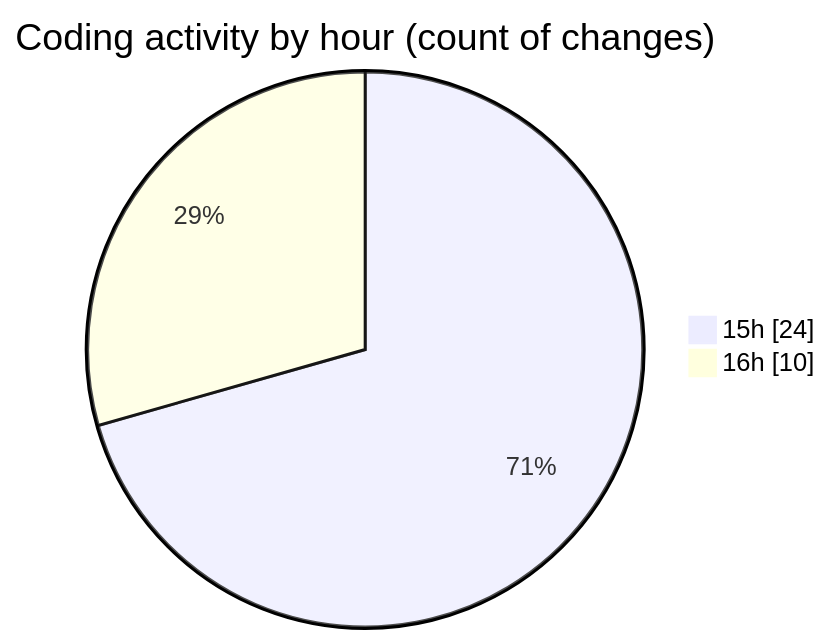
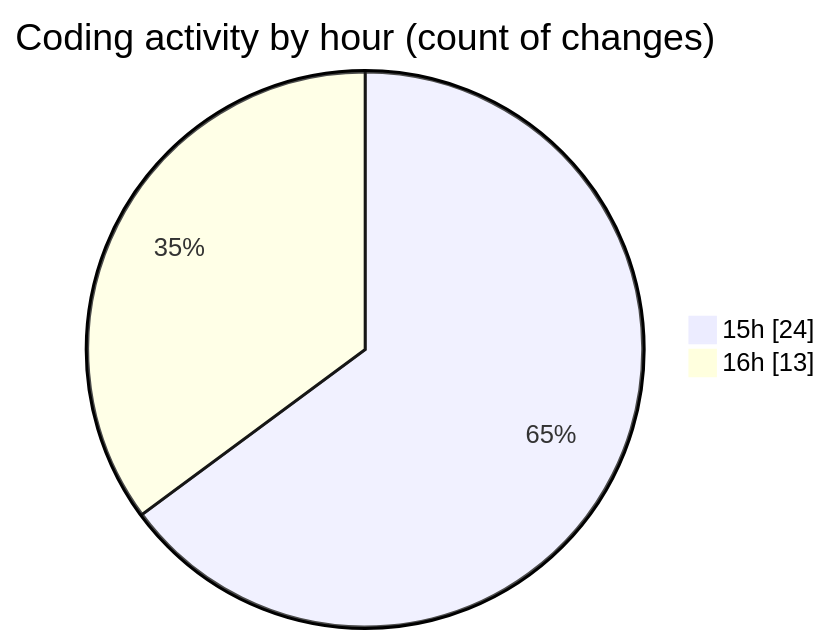
Before and after one commit to EIIisD/code-tracking: the second of 2 diagrams in 2025-07-31/tw-server/README.md, drawn with Mermaid. The commit also changed other lines of this file and 1 other file, not shown here.

````diff
--- a/2025-07-31/tw-server/README.md
+++ b/2025-07-31/tw-server/README.md
@@ -36,6 +38,6 @@
 ```mermaid
 pie showData
 title Coding activity by hour (count of changes)
 "15h" : 24
-"16h" : 10
+"16h" : 13
 ```
````
